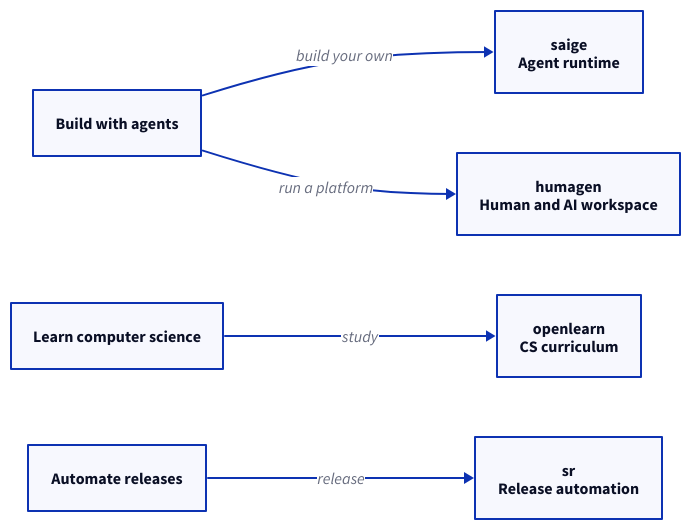
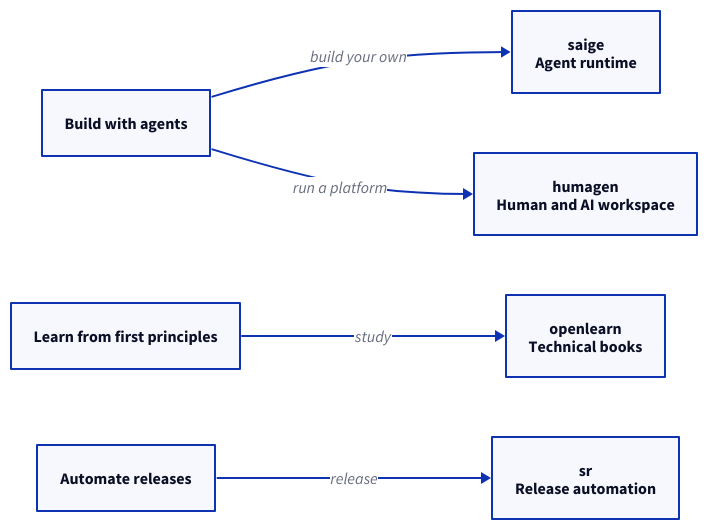
One commit to urmzd/urmzd changed the diagram in assets/finder.d2. Above: the diagram before and after it, drawn with D2. The commit also changed 5 other files, not shown here.

```diff
--- a/assets/finder.d2
+++ b/assets/finder.d2
@@ -1,13 +1,13 @@
 # Generated from profile.toml. Do not edit by hand.
 direction: right
 build: "Build with agents" {class: goal}
 saige: "saige\nAgent runtime" {class: project}
 humagen: "humagen\nHuman and AI workspace" {class: project}
-learn: "Learn computer science" {class: goal}
-openlearn: "openlearn\nCS curriculum" {class: project}
+learn: "Learn from first principles" {class: goal}
+openlearn: "openlearn\nTechnical books" {class: project}
 ship: "Automate releases" {class: goal}
 sr: "sr\nRelease automation" {class: project}
 build -> saige: "build your own" {class: guide}
 build -> humagen: "run a platform" {class: guide}
 learn -> openlearn: "study" {class: guide}
 ship -> sr: "release" {class: guide}
```
